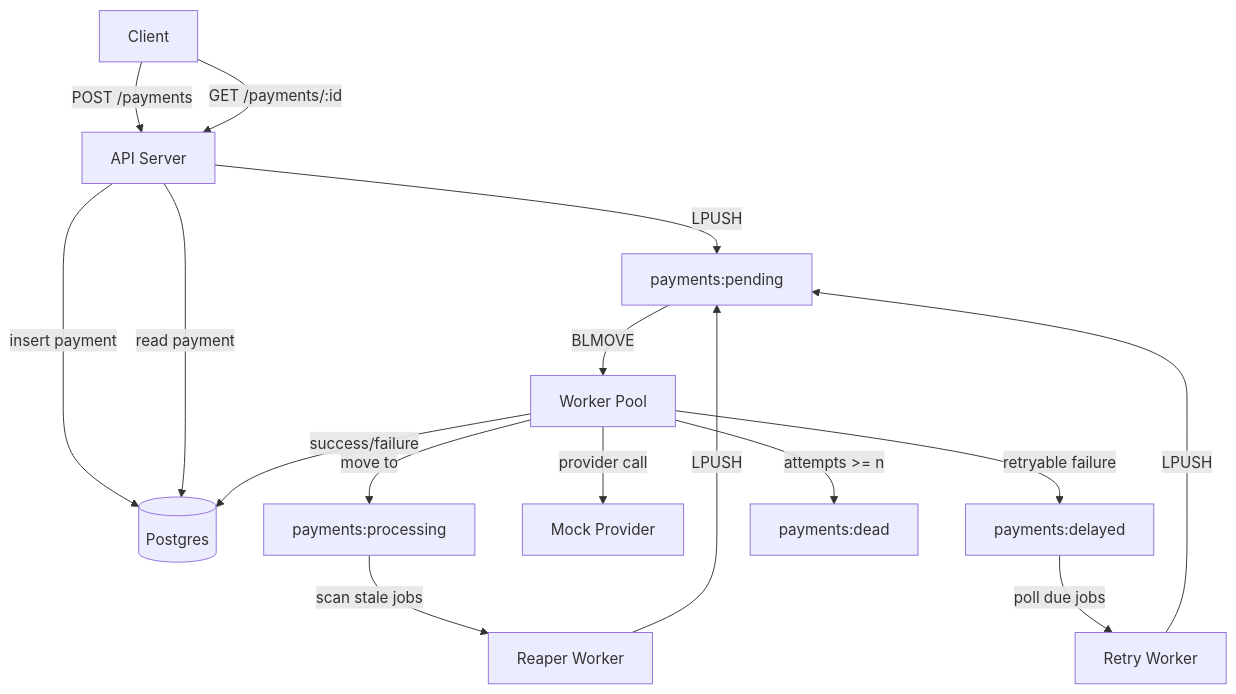
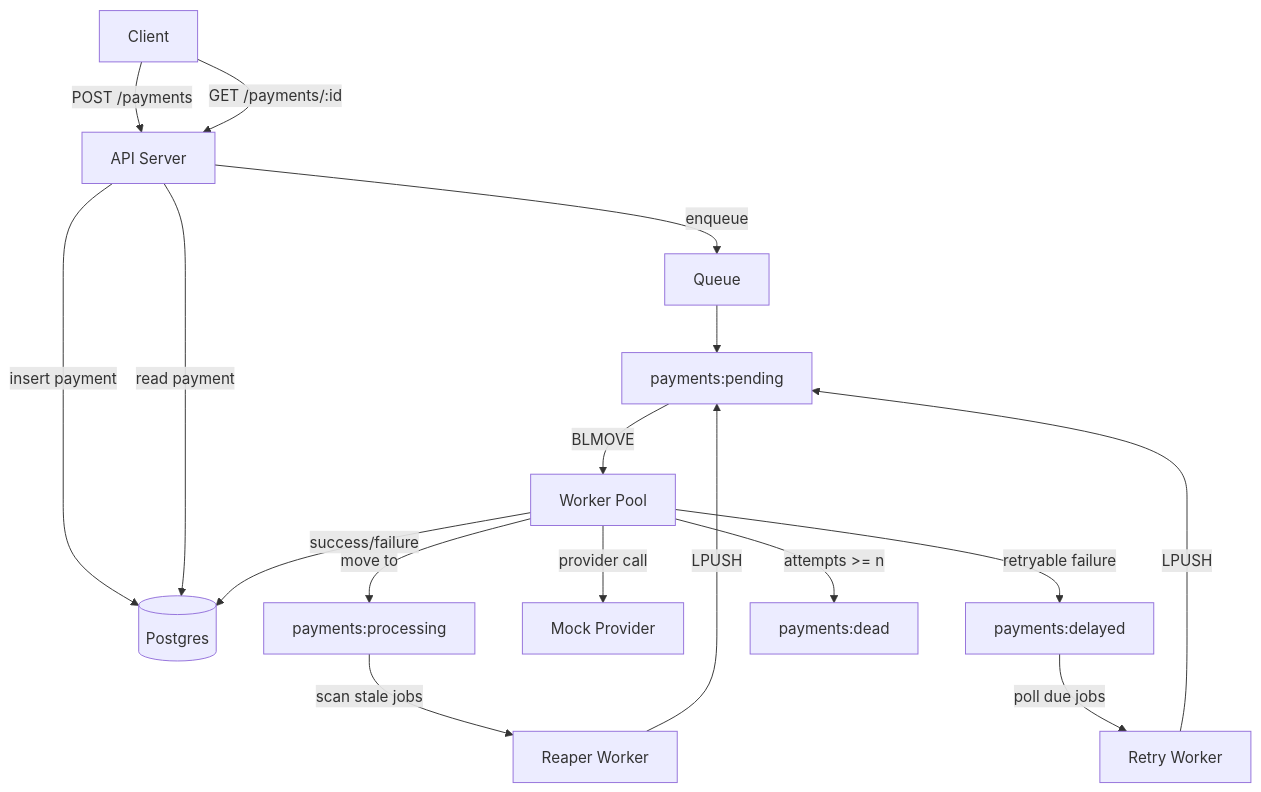
Before and after one commit to electr1fy0/okane: the diagram in README.md, drawn with Mermaid. The commit also changed other lines of this file and 12 other files, not shown here.

````diff
--- a/README.md
+++ b/README.md
@@ -7,22 +7,23 @@
 ```mermaid
 flowchart TD
     Client -->|POST /payments| API["API Server"]
     Client -->|"GET /payments/:id"| API
 
     API -->|insert payment| PG[("Postgres")]
     API -->|read payment| PG
-    API -->|LPUSH| Pending["payments:pending"]
+    API -->|enqueue| Queue["Queue"]
+    Queue --> Pending["payments:pending"]
 
     Pending -->|BLMOVE| WorkerPool["Worker Pool"]
     WorkerPool -->|move to| Processing["payments:processing"]
     WorkerPool -->|provider call| Provider["Mock Provider"]
     WorkerPool -->|success/failure| PG
     WorkerPool -->|retryable failure| Delayed["payments:delayed"]
     WorkerPool -->|attempts >= n| Dead["payments:dead"]
 
     Delayed -->|poll due jobs| Retry["Retry Worker"]
     Retry -->|LPUSH| Pending
 
     Processing -->|scan stale jobs| Reaper["Reaper Worker"]
     Reaper -->|LPUSH| Pending
   ```
````
